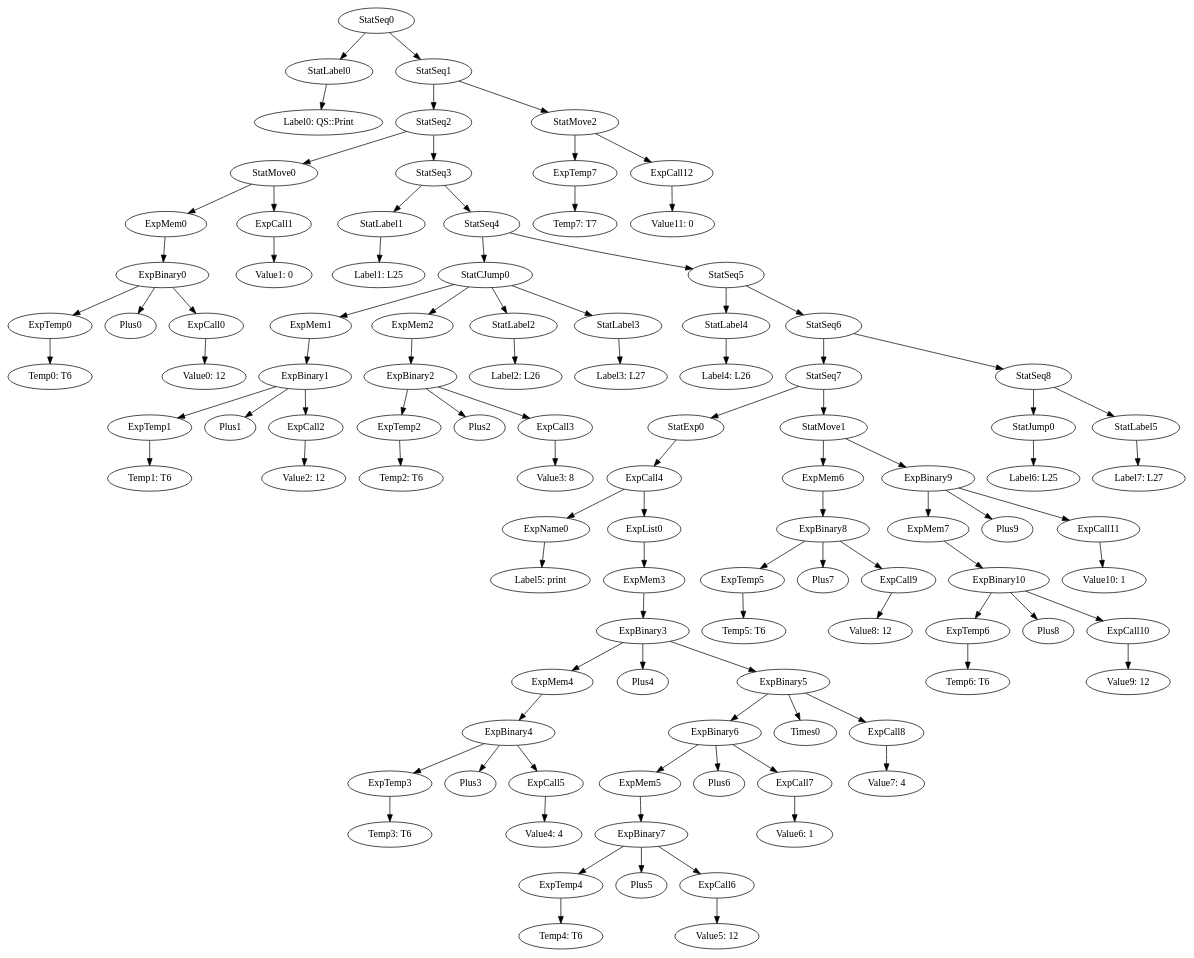
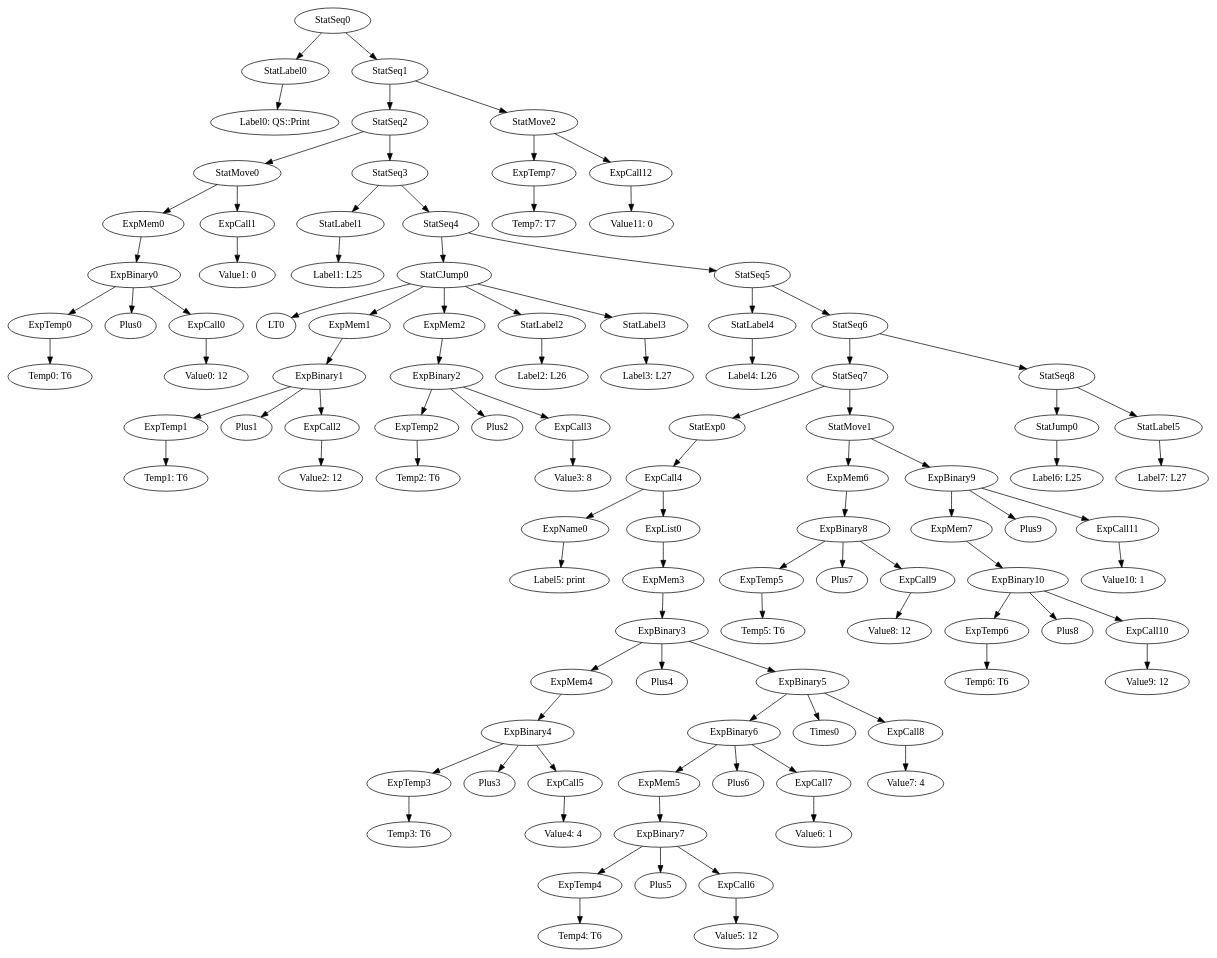
One commit to team-compilers/compilers changed the diagram in MiniJava/results/SamplesCorrect/QuickSort/irt_QS::Print.gv. Above: the diagram before and after it, drawn with Graphviz. The commit also changed 75 other files, not shown here.

```diff
--- a/MiniJava/results/SamplesCorrect/QuickSort/irt_QS::Print.gv
+++ b/MiniJava/results/SamplesCorrect/QuickSort/irt_QS::Print.gv
@@ -1,104 +1,105 @@
 digraph {
 	ordering = out;
 	ExpCall12 -> "Value11: 0";
 	StatMove2 -> ExpTemp7;
 	StatMove2 -> ExpCall12;
 	StatSeq1 -> StatSeq2;
 	StatSeq1 -> StatMove2;
 	StatSeq6 -> StatSeq7;
 	StatSeq6 -> StatSeq8;
 	ExpCall11 -> "Value10: 1";
 	ExpBinary9 -> ExpMem7;
 	ExpBinary9 -> Plus9;
 	ExpBinary9 -> ExpCall11;
 	ExpCall10 -> "Value9: 12";
 	ExpBinary10 -> ExpTemp6;
 	ExpBinary10 -> Plus8;
 	ExpBinary10 -> ExpCall10;
 	ExpTemp6 -> "Temp6: T6";
 	StatMove1 -> ExpMem6;
 	StatMove1 -> ExpBinary9;
 	ExpMem6 -> ExpBinary8;
 	ExpCall9 -> "Value8: 12";
 	ExpTemp2 -> "Temp2: T6";
 	ExpMem1 -> ExpBinary1;
 	StatLabel3 -> "Label3: L27";
 	ExpBinary8 -> ExpTemp5;
 	ExpBinary8 -> Plus7;
 	ExpBinary8 -> ExpCall9;
 	ExpTemp1 -> "Temp1: T6";
 	ExpBinary7 -> ExpTemp4;
 	ExpBinary7 -> Plus5;
 	ExpBinary7 -> ExpCall6;
 	StatLabel5 -> "Label7: L27";
 	ExpTemp5 -> "Temp5: T6";
 	ExpBinary0 -> ExpTemp0;
 	ExpBinary0 -> Plus0;
 	ExpBinary0 -> ExpCall0;
 	ExpMem4 -> ExpBinary4;
 	ExpCall2 -> "Value2: 12";
 	ExpCall7 -> "Value6: 1";
 	ExpMem7 -> ExpBinary10;
 	StatSeq3 -> StatLabel1;
 	StatSeq3 -> StatSeq4;
 	StatMove0 -> ExpMem0;
 	StatMove0 -> ExpCall1;
 	StatJump0 -> "Label6: L25";
 	ExpCall1 -> "Value1: 0";
 	ExpMem2 -> ExpBinary2;
 	ExpCall0 -> "Value0: 12";
 	StatLabel1 -> "Label1: L25";
 	StatSeq4 -> StatCJump0;
 	StatSeq4 -> StatSeq5;
 	ExpTemp7 -> "Temp7: T7";
 	ExpTemp0 -> "Temp0: T6";
 	StatSeq5 -> StatLabel4;
 	StatSeq5 -> StatSeq6;
 	StatLabel4 -> "Label4: L26";
 	StatSeq7 -> StatExp0;
 	StatSeq7 -> StatMove1;
 	ExpMem5 -> ExpBinary7;
 	StatLabel0 -> "Label0: QS::Print";
 	ExpBinary2 -> ExpTemp2;
 	ExpBinary2 -> Plus2;
 	ExpBinary2 -> ExpCall3;
 	ExpCall3 -> "Value3: 8";
 	ExpBinary1 -> ExpTemp1;
 	ExpBinary1 -> Plus1;
 	ExpBinary1 -> ExpCall2;
 	ExpCall8 -> "Value7: 4";
 	ExpMem0 -> ExpBinary0;
 	ExpBinary6 -> ExpMem5;
 	ExpBinary6 -> Plus6;
 	ExpBinary6 -> ExpCall7;
 	StatSeq2 -> StatMove0;
 	StatSeq2 -> StatSeq3;
 	ExpName0 -> "Label5: print";
 	StatLabel2 -> "Label2: L26";
 	ExpCall4 -> ExpName0;
 	ExpCall4 -> ExpList0;
 	ExpCall5 -> "Value4: 4";
 	StatSeq0 -> StatLabel0;
 	StatSeq0 -> StatSeq1;
 	StatExp0 -> ExpCall4;
 	StatSeq8 -> StatJump0;
 	StatSeq8 -> StatLabel5;
 	ExpTemp3 -> "Temp3: T6";
 	ExpBinary4 -> ExpTemp3;
 	ExpBinary4 -> Plus3;
 	ExpBinary4 -> ExpCall5;
 	ExpCall6 -> "Value5: 12";
 	ExpBinary3 -> ExpMem4;
 	ExpBinary3 -> Plus4;
 	ExpBinary3 -> ExpBinary5;
 	ExpTemp4 -> "Temp4: T6";
 	ExpBinary5 -> ExpBinary6;
 	ExpBinary5 -> Times0;
 	ExpBinary5 -> ExpCall8;
 	ExpMem3 -> ExpBinary3;
+	StatCJump0 -> LT0;
 	StatCJump0 -> ExpMem1;
 	StatCJump0 -> ExpMem2;
 	StatCJump0 -> StatLabel2;
 	StatCJump0 -> StatLabel3;
 	ExpList0 -> ExpMem3;
 }
```
